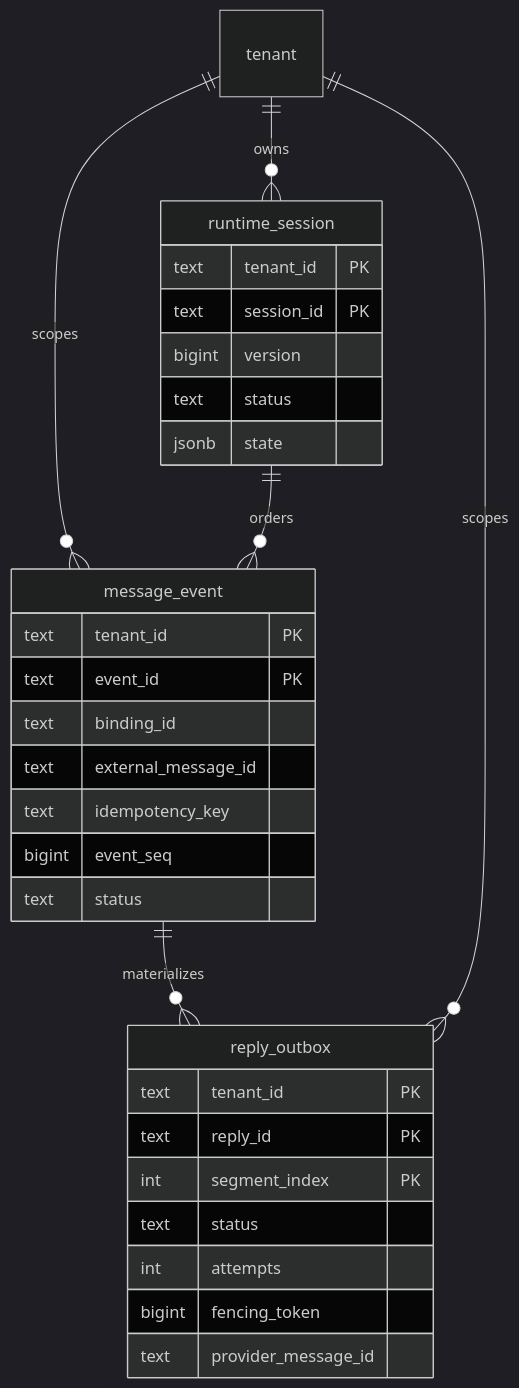
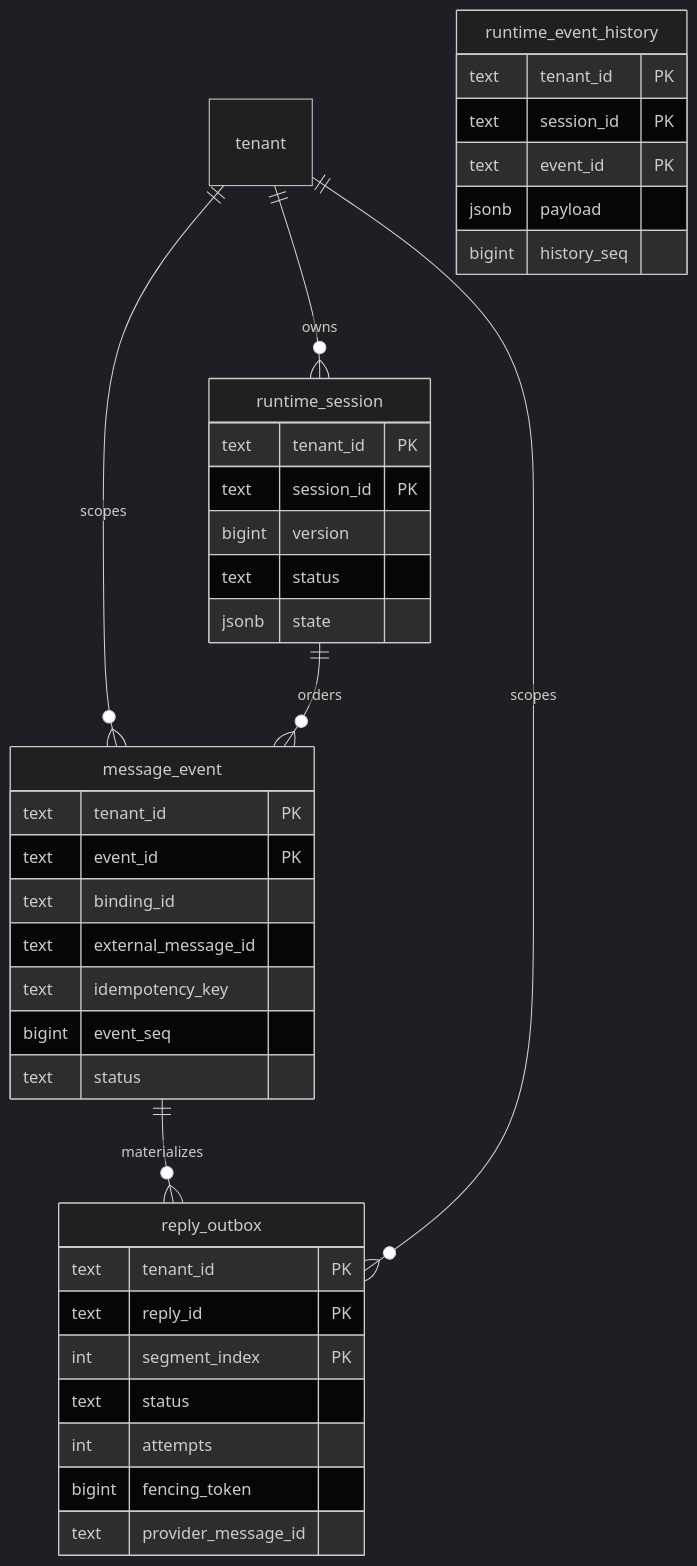
Before and after one commit to XnLemon/trpc-agent-service: the diagram in docs/docs/runtime-storage.md, drawn with Mermaid (dark theme). The commit also changed other lines of this file and 12 other files, not shown here.

Commit message:
feat: persist runtime event history and lifecycle

````diff
--- a/docs/docs/runtime-storage.md
+++ b/docs/docs/runtime-storage.md
@@ -21,34 +21,41 @@
 ```mermaid
 erDiagram
   tenant ||--o{ runtime_session : owns
   tenant ||--o{ message_event : scopes
   runtime_session ||--o{ message_event : orders
   message_event ||--o{ reply_outbox : materializes
   tenant ||--o{ reply_outbox : scopes
 
   runtime_session {
     text tenant_id PK
     text session_id PK
     bigint version
     text status
     jsonb state
   }
   message_event {
     text tenant_id PK
     text event_id PK
     text binding_id
     text external_message_id
     text idempotency_key
     bigint event_seq
     text status
   }
+  runtime_event_history {
+    text tenant_id PK
+    text session_id PK
+    text event_id PK
+    jsonb payload
+    bigint history_seq
+  }
   reply_outbox {
     text tenant_id PK
     text reply_id PK
     int segment_index PK
     text status
     int attempts
     bigint fencing_token
     text provider_message_id
   }
 ```
````
